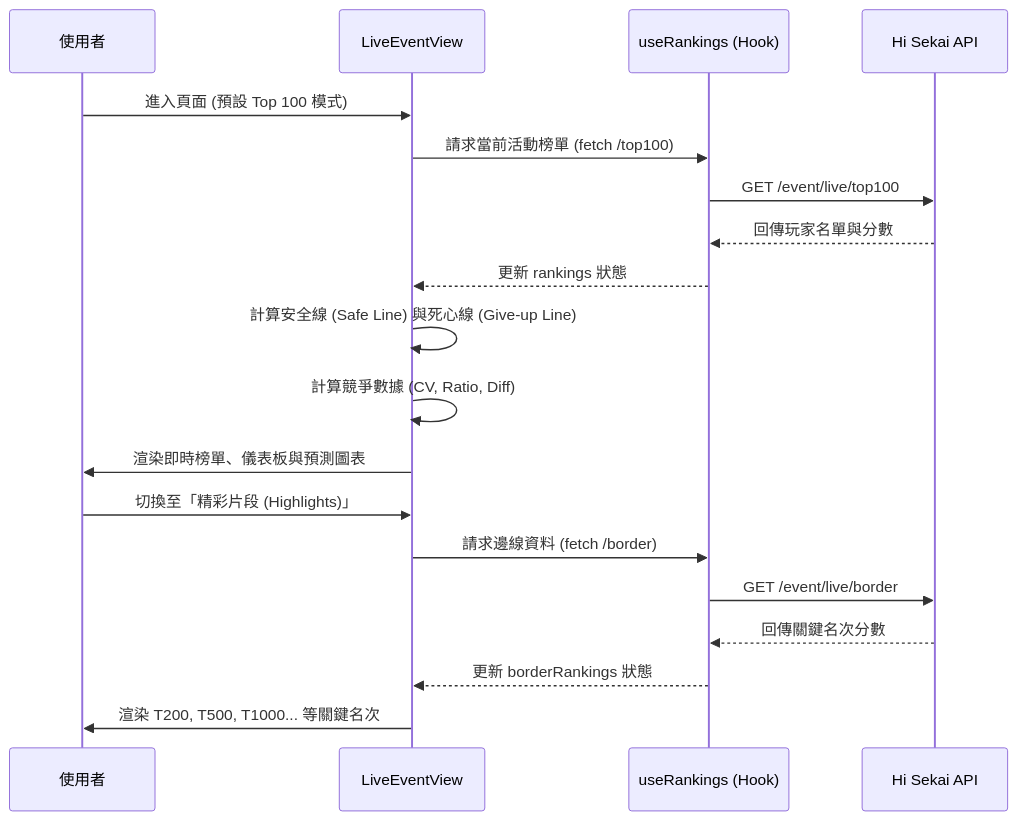
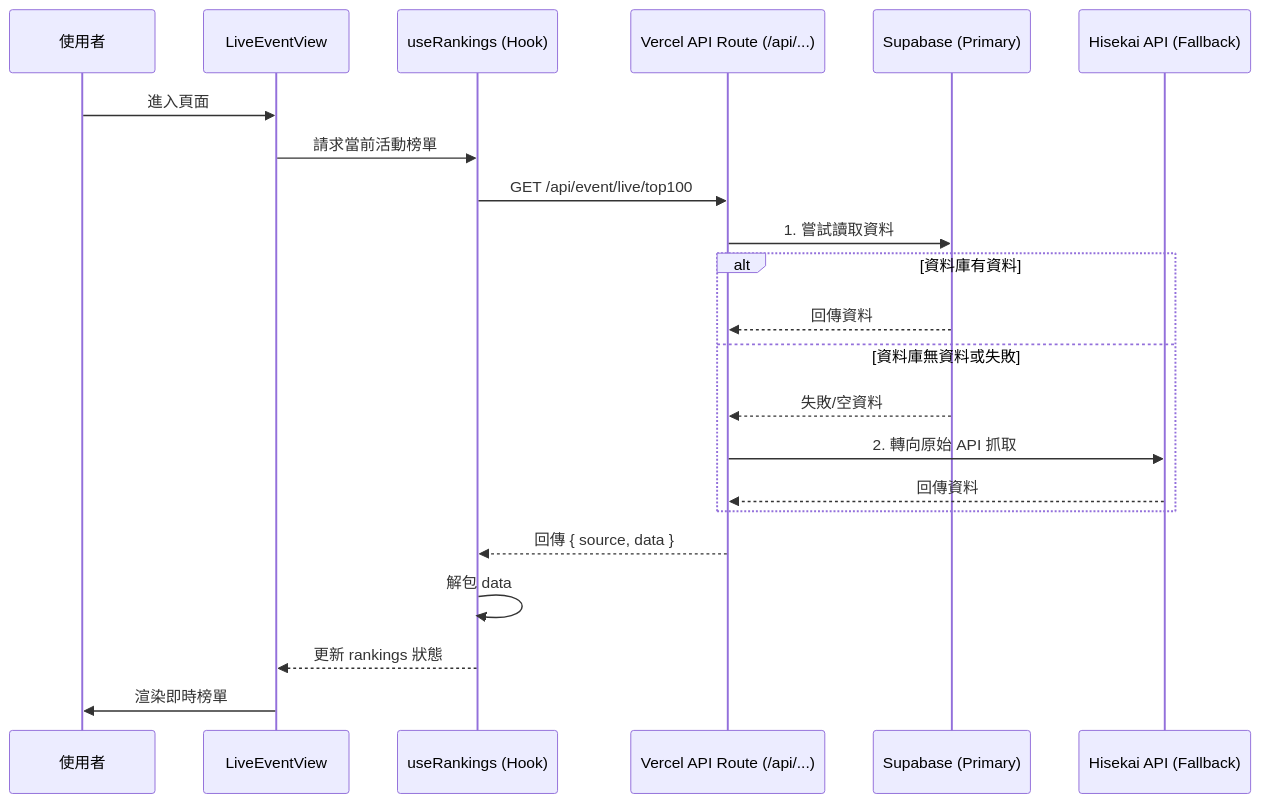
Before and after one commit to rockzerox/Project-Sekai-Ranking: the diagram in docs/PAGE_LIVE_EVENT.md, drawn with Mermaid. The commit also changed other lines of this file and 65 other files, not shown here.

First line of the commit message:
feat: Implement data fetching fallback mechanism

````diff
--- a/docs/PAGE_LIVE_EVENT.md
+++ b/docs/PAGE_LIVE_EVENT.md
@@ -158,23 +164,25 @@
 ```mermaid
 sequenceDiagram
     participant User as 使用者
     participant View as LiveEventView
     participant Hook as useRankings (Hook)
-    participant API as Hi Sekai API
+    participant API as Vercel API Route (/api/...)
+    participant Supabase as Supabase (Primary)
+    participant Hisekai as Hisekai API (Fallback)
 
-    User->>View: 進入頁面 (預設 Top 100 模式)
-    View->>Hook: 請求當前活動榜單 (fetch /top100)
-    Hook->>API: GET /event/live/top100
-    API-->>Hook: 回傳玩家名單與分數
+    User->>View: 進入頁面
+    View->>Hook: 請求當前活動榜單
+    Hook->>API: GET /api/event/live/top100
+    API->>Supabase: 1. 嘗試讀取資料
+    alt 資料庫有資料
+        Supabase-->>API: 回傳資料
+    else 資料庫無資料或失敗
+        Supabase-->>API: 失敗/空資料
+        API->>Hisekai: 2. 轉向原始 API 抓取
+        Hisekai-->>API: 回傳資料
+    end
+    API-->>Hook: 回傳 { source, data }
+    Hook->>Hook: 解包 data
     Hook-->>View: 更新 rankings 狀態
-    View->>View: 計算安全線 (Safe Line) 與死心線 (Give-up Line)
-    View->>View: 計算競爭數據 (CV, Ratio, Diff)
-    View->>User: 渲染即時榜單、儀表板與預測圖表
-    
-    User->>View: 切換至「精彩片段 (Highlights)」
-    View->>Hook: 請求邊線資料 (fetch /border)
-    Hook->>API: GET /event/live/border
-    API-->>Hook: 回傳關鍵名次分數
-    Hook-->>View: 更新 borderRankings 狀態
-    View->>User: 渲染 T200, T500, T1000... 等關鍵名次
+    View->>User: 渲染即時榜單
 ```
````
